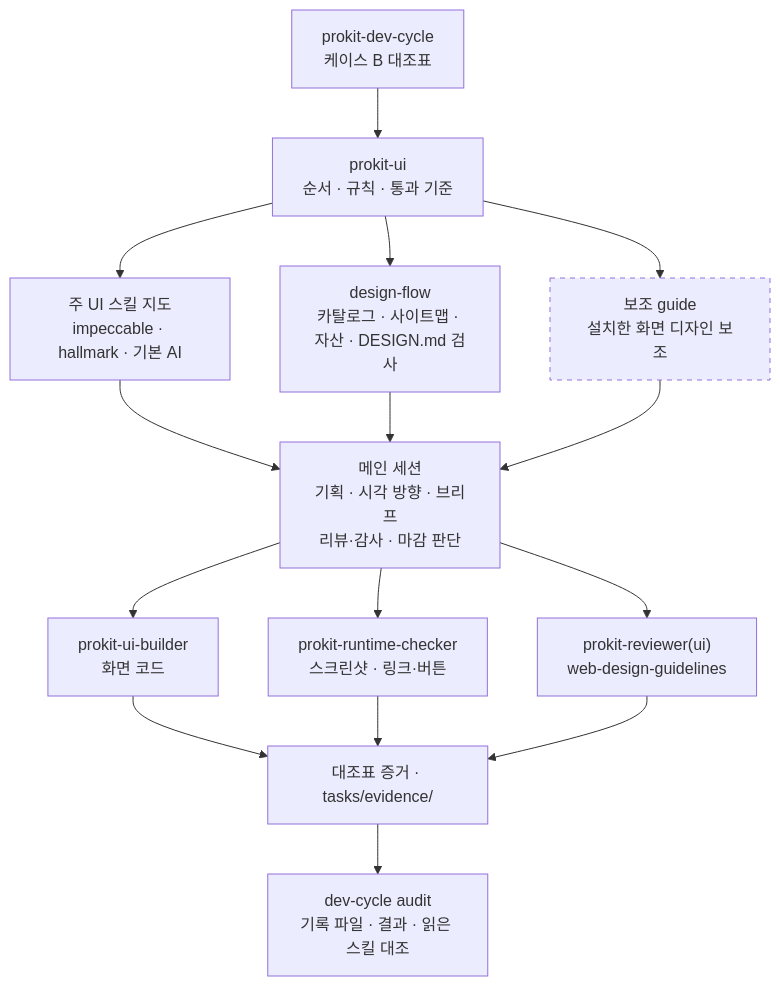
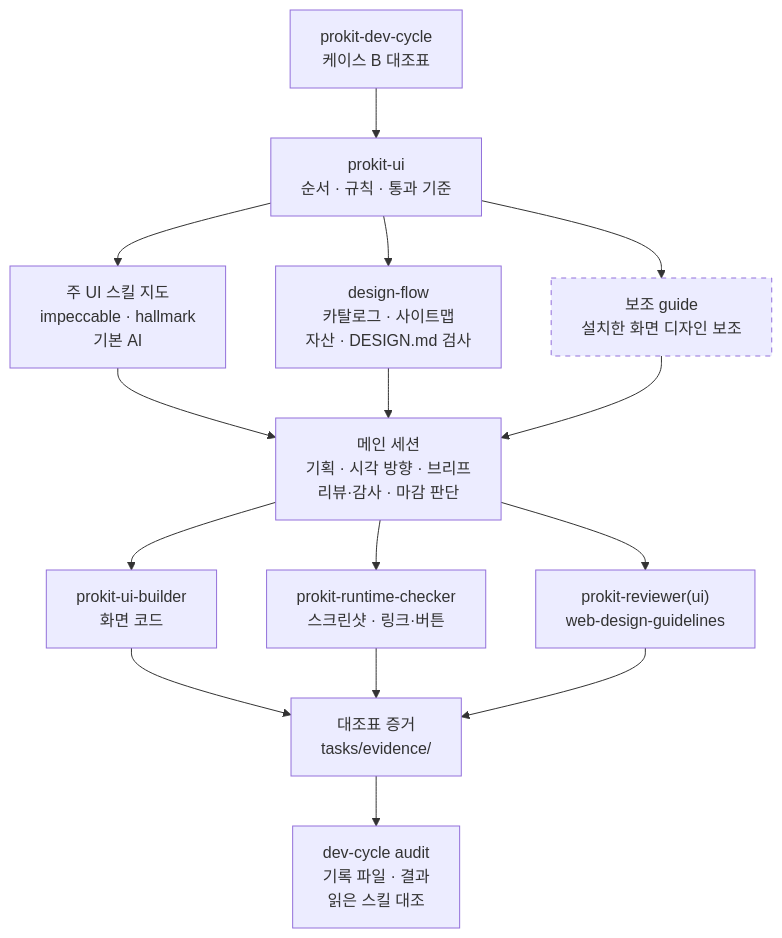
One commit to roadkwon-ai/pro-kit changed the second of 6 diagrams in handbook/design/ui-flow.md. Above: the diagram before and after it, drawn with Mermaid. The commit also changed 9 other files, not shown here.

````diff
--- a/handbook/design/ui-flow.md
+++ b/handbook/design/ui-flow.md
@@ -65,24 +65,24 @@
 ```mermaid
 ---
 config:
   flowchart:
-    wrappingWidth: 160
+    wrappingWidth: 180
 ---
 flowchart TB
   DC["prokit-dev-cycle<br/>케이스 B 대조표"] --> UI["prokit-ui<br/>순서 · 규칙 · 통과 기준"]
-  UI --> MAP["주 UI 스킬 지도<br/>impeccable · hallmark · 기본 AI"]
-  UI --> FLOW["design-flow<br/>카탈로그 · 사이트맵 · 자산 · DESIGN.md 검사"]
+  UI --> MAP["주 UI 스킬 지도<br/>impeccable · hallmark<br/>기본 AI"]
+  UI --> FLOW["design-flow<br/>카탈로그 · 사이트맵<br/>자산 · DESIGN.md 검사"]
   UI --> ADD["보조 guide<br/>설치한 화면 디자인 보조"]
   MAP --> MAIN["메인 세션<br/>기획 · 시각 방향 · 브리프<br/>리뷰·감사 · 마감 판단"]
   FLOW --> MAIN
   ADD --> MAIN
   MAIN --> B["prokit-ui-builder<br/>화면 코드"]
   MAIN --> RC["prokit-runtime-checker<br/>스크린샷 · 링크·버튼"]
   MAIN --> RV["prokit-reviewer(ui)<br/>web-design-guidelines"]
-  B --> EV["대조표 증거 · tasks/evidence/"]
+  B --> EV["대조표 증거<br/>tasks/evidence/"]
   RC --> EV
   RV --> EV
-  EV --> AU["dev-cycle audit<br/>기록 파일 · 결과 · 읽은 스킬 대조"]
+  EV --> AU["dev-cycle audit<br/>기록 파일 · 결과<br/>읽은 스킬 대조"]
   classDef opt stroke-dasharray: 5 5
   class ADD opt
 ```
````
